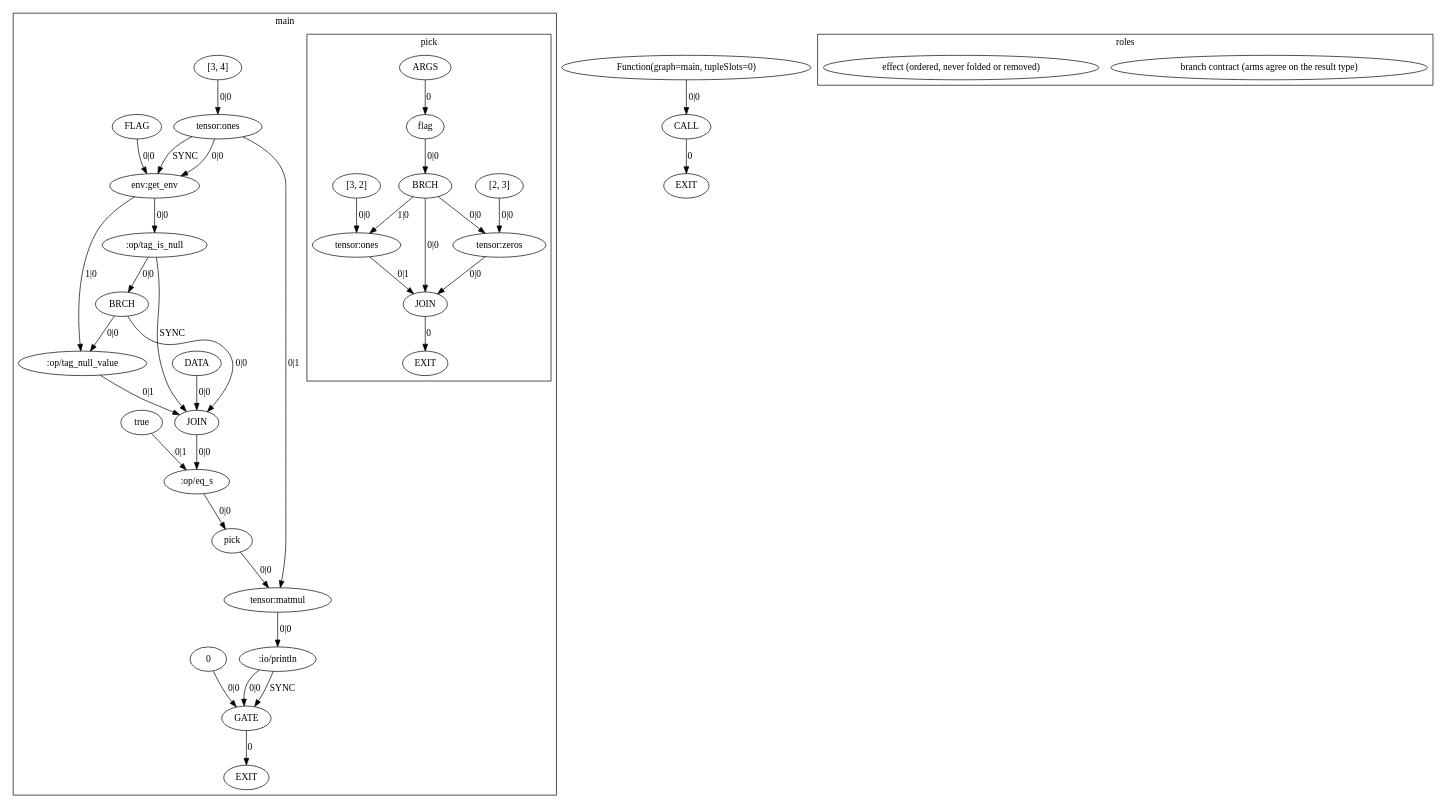
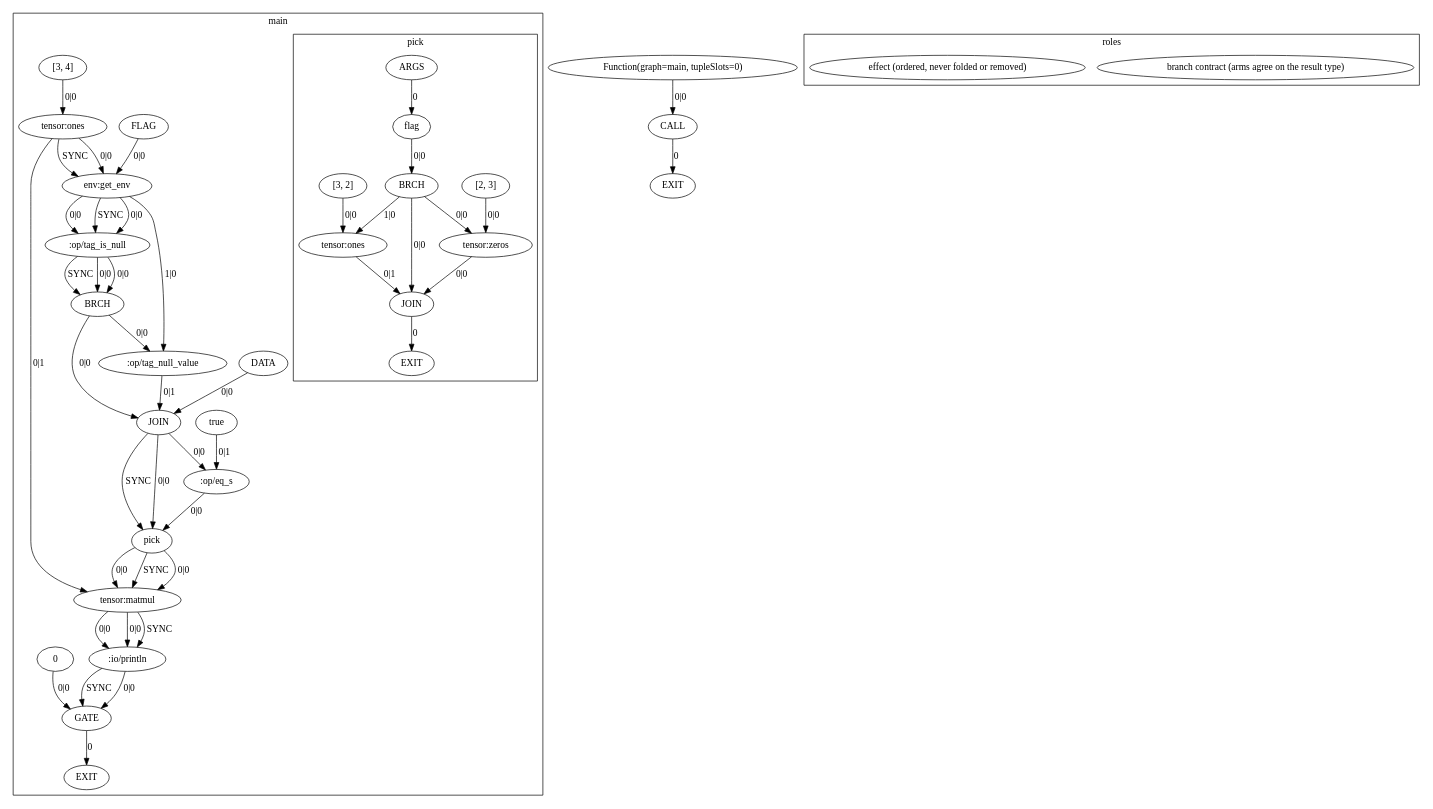
The diagram in exemplars/02_branch_shape_contract/expected/dump.agir.dot (OpenCML/Camel), drawn with Graphviz before and after one commit. The commit also changed 69 other files, not shown here.

```diff
--- a/exemplars/02_branch_shape_contract/expected/dump.agir.dot
+++ b/exemplars/02_branch_shape_contract/expected/dump.agir.dot
@@ -1,76 +1,85 @@
 digraph GraphIR {
     subgraph cluster_F01 {
         label="main";
         subgraph cluster_F02 {
             label="pick";
             F02 [label="ARGS", type="ARGS"];
             O02 [label="EXIT", type="EXIT"];
             N00 [label="flag", type="PORT", param_name="flag", param_kind="normal", param_index="0", value_type="bool", origin=<ORIGIN>, span="11:10-11:20", srcfile="exemplars/02_branch_shape_contract/program.cml"];
             N01 [label="JOIN", type="JOIN", role="branch-contract", origin=<ORIGIN>, span="12:11-12:69", srcfile="exemplars/02_branch_shape_contract/program.cml", value_type="f32[?, ?]"];
             N02 [label="BRCH", type="BRCH", origin=<ORIGIN>, span="12:11-12:69", srcfile="exemplars/02_branch_shape_contract/program.cml", value_type="int"];
             N03 [label="[2, 3]", type="DATA", origin=<ORIGIN>, span="12:37-12:43", srcfile="exemplars/02_branch_shape_contract/program.cml", value_type="int[]"];
             N04 [label="tensor:zeros", type="OPER", origin=<ORIGIN>, span="12:29-12:36", srcfile="exemplars/02_branch_shape_contract/program.cml", value_type="f32[2, 3]"];
             N05 [label="[3, 2]", type="DATA", origin=<ORIGIN>, span="12:62-12:68", srcfile="exemplars/02_branch_shape_contract/program.cml", value_type="int[]"];
             N06 [label="tensor:ones", type="OPER", origin=<ORIGIN>, span="12:54-12:61", srcfile="exemplars/02_branch_shape_contract/program.cml", value_type="f32[3, 2]"];
             F02 -> N00 [label="0", type="NORM_PORT"];
             N01 -> O02 [label="0", type="EXIT"];
             N04 -> N01 [label="0|0", type="WITH"];
             N06 -> N01 [label="0|1", type="WITH"];
             N02 -> N01 [label="0|0", type="NORM"];
             N00 -> N02 [label="0|0", type="NORM"];
             N03 -> N04 [label="0|0", type="NORM"];
             N02 -> N04 [label="0|0", type="CTRL"];
             N05 -> N06 [label="0|0", type="NORM"];
             N02 -> N06 [label="1|0", type="CTRL"];
         }
         O01 [label="EXIT", type="EXIT"];
         N07 [label="[3, 4]", type="DATA", origin=<ORIGIN>, span="16:24-16:30", srcfile="exemplars/02_branch_shape_contract/program.cml", value_type="int[]"];
         N08 [label="tensor:ones", type="OPER", origin=<ORIGIN>, span="16:16-16:23", srcfile="exemplars/02_branch_shape_contract/program.cml", value_type="f32[3, 4]"];
         N09 [label="FLAG", type="DATA", origin=<ORIGIN>, span="17:26-17:32", srcfile="exemplars/02_branch_shape_contract/program.cml", value_type="string"];
         N0A [label="env:get_env", type="OPER", role="effect", origin=<ORIGIN>, span="17:18-17:25", srcfile="exemplars/02_branch_shape_contract/program.cml", value_type="string?"];
         N0B [label=":op/tag_is_null", type="OPER", origin=<ORIGIN>, span="17:34-17:36", srcfile="exemplars/02_branch_shape_contract/program.cml", value_type="bool"];
         N0C [label="DATA", type="DATA", origin=<ORIGIN>, span="17:37-17:39", srcfile="exemplars/02_branch_shape_contract/program.cml", value_type="string"];
         N0D [label=":op/tag_null_value", type="OPER", origin=<ORIGIN>, span="17:34-17:36", srcfile="exemplars/02_branch_shape_contract/program.cml", value_type="string"];
         N0E [label="JOIN", type="JOIN", role="branch-contract", origin=<ORIGIN>, span="17:34-17:36", srcfile="exemplars/02_branch_shape_contract/program.cml", value_type="string"];
         N0F [label="BRCH", type="BRCH", origin=<ORIGIN>, span="17:34-17:36", srcfile="exemplars/02_branch_shape_contract/program.cml", value_type="int"];
         N10 [label="true", type="DATA", origin=<ORIGIN>, span="17:44-17:50", srcfile="exemplars/02_branch_shape_contract/program.cml", value_type="string"];
         N11 [label=":op/eq_s", type="OPER", origin=<ORIGIN>, span="17:41-17:43", srcfile="exemplars/02_branch_shape_contract/program.cml", value_type="bool"];
         N12 [label="pick", type="FUNC", origin=<ORIGIN>, span="17:12-17:51", srcfile="exemplars/02_branch_shape_contract/program.cml", value_type="f32[...]"];
         N13 [label="tensor:matmul", type="OPER", origin=<ORIGIN>, span="17:52-17:53", srcfile="exemplars/02_branch_shape_contract/program.cml", value_type="f32[...]"];
         N14 [label=":io/println", type="OPER", role="effect", origin=<ORIGIN>, span="17:4-17:11", srcfile="exemplars/02_branch_shape_contract/program.cml", value_type="f32[...]"];
         N15 [label="0", type="DATA", origin=<ORIGIN>, span="18:11-18:12", srcfile="exemplars/02_branch_shape_contract/program.cml", value_type="int"];
         N16 [label="GATE", type="GATE", value_type="int"];
         N16 -> O01 [label="0", type="EXIT"];
         N07 -> N08 [label="0|0", type="NORM"];
         N09 -> N0A [label="0|0", type="NORM"];
         N08 -> N0A [label="0|0", type="CTRL"];
         N08 -> N0A [label="SYNC", type="SYNC"];
         N0A -> N0B [label="0|0", type="NORM"];
+        N0A -> N0B [label="0|0", type="CTRL"];
+        N0A -> N0B [label="SYNC", type="SYNC"];
         N0A -> N0D [label="1|0", type="NORM"];
         N0F -> N0D [label="0|0", type="CTRL"];
         N0C -> N0E [label="0|0", type="WITH"];
         N0D -> N0E [label="0|1", type="WITH"];
         N0F -> N0E [label="0|0", type="NORM"];
-        N0B -> N0E [label="SYNC", type="SYNC"];
         N0B -> N0F [label="0|0", type="NORM"];
+        N0B -> N0F [label="0|0", type="CTRL"];
+        N0B -> N0F [label="SYNC", type="SYNC"];
         N0E -> N11 [label="0|0", type="NORM"];
         N10 -> N11 [label="0|1", type="NORM"];
         N11 -> N12 [label="0|0", type="NORM"];
+        N0E -> N12 [label="0|0", type="CTRL"];
+        N0E -> N12 [label="SYNC", type="SYNC"];
         N12 -> N13 [label="0|0", type="NORM"];
         N08 -> N13 [label="0|1", type="NORM"];
+        N12 -> N13 [label="0|0", type="CTRL"];
+        N12 -> N13 [label="SYNC", type="SYNC"];
         N13 -> N14 [label="0|0", type="NORM"];
+        N13 -> N14 [label="0|0", type="CTRL"];
+        N13 -> N14 [label="SYNC", type="SYNC"];
         N15 -> N16 [label="0|0", type="NORM"];
         N14 -> N16 [label="0|0", type="CTRL"];
         N14 -> N16 [label="SYNC", type="SYNC"];
     }
     O00 [label="EXIT", type="EXIT"];
     N17 [label="Function(graph=main, tupleSlots=0)", type="DATA", origin=<ORIGIN>, span="15:0-19:1", srcfile="exemplars/02_branch_shape_contract/program.cml", value_type="() => int uses env, stdout"];
     N18 [label="CALL", type="CALL", value_type="int"];
     N18 -> O00 [label="0", type="EXIT"];
     N17 -> N18 [label="0|0", type="WITH"];
     subgraph cluster_legend {
         label="roles";
         "legend_branch-contract" [label="branch contract (arms agree on the result type)", type="LEGEND", role="branch-contract"];
         "legend_effect" [label="effect (ordered, never folded or removed)", type="LEGEND", role="effect"];
     }
 }
```
